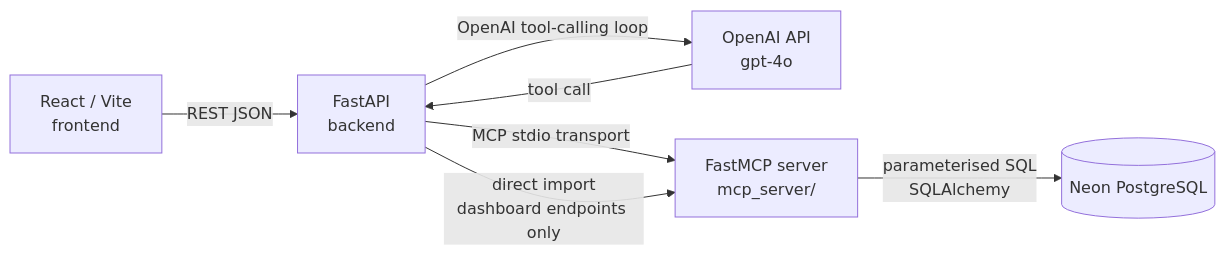
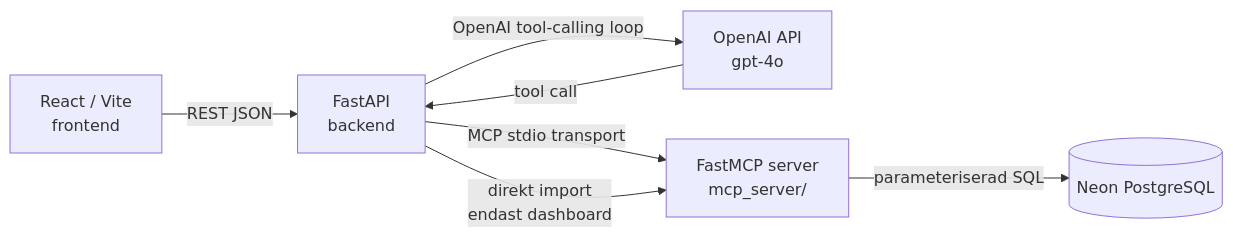
One commit to Viktorheidmark/-sales-dashboard changed the diagram in README.md. Above: the diagram before and after it, drawn with Mermaid. The commit also changed other lines of this file, not shown here.

````diff
--- a/README.md
+++ b/README.md
@@ -29,9 +49,9 @@
 ```mermaid
 graph LR
     A[React / Vite<br/>frontend] -->|REST JSON| B[FastAPI<br/>backend]
     B -->|OpenAI tool-calling loop| C[OpenAI API<br/>gpt-4o]
     C -->|tool call| B
     B -->|MCP stdio transport| D[FastMCP server<br/>mcp_server/]
-    D -->|parameterised SQL<br/>SQLAlchemy| E[(Neon PostgreSQL)]
-    B -->|direct import<br/>dashboard endpoints only| D
+    D -->|parameteriserad SQL| E[(Neon PostgreSQL)]
+    B -->|direkt import<br/>endast dashboard| D
 ```
````
